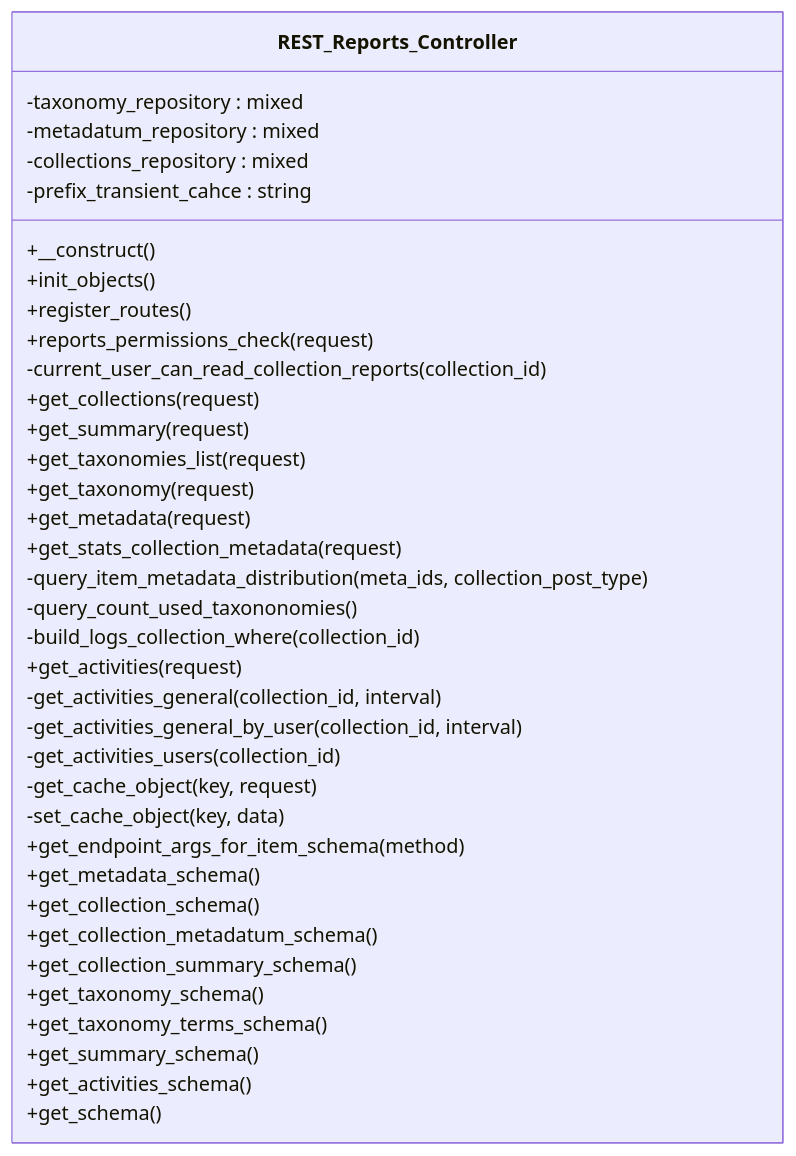
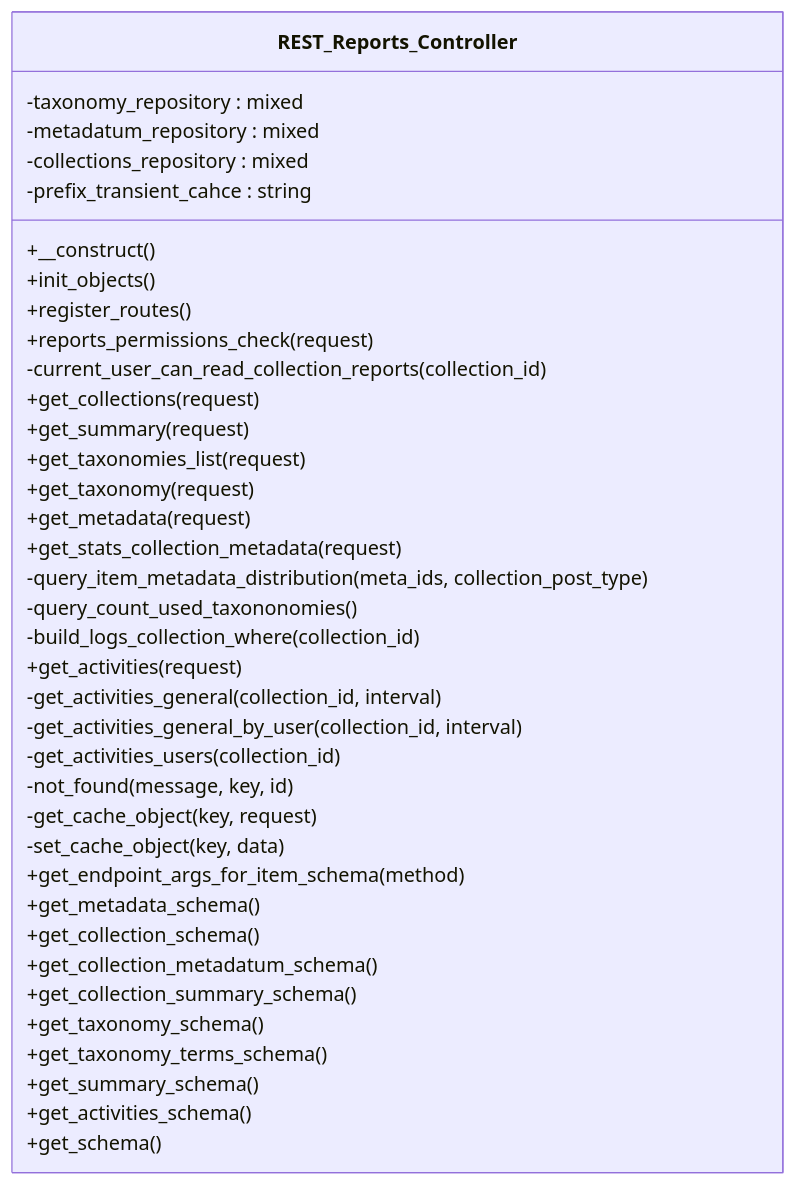
Before and after one commit to tainacan/tainacan: the diagram in docs/phpdoc/classes/Tainacan/API/EndPoints/REST_Reports_Controller.mmd, drawn with Mermaid. The commit also changed 112 other files, not shown here.

```diff
--- a/docs/phpdoc/classes/Tainacan/API/EndPoints/REST_Reports_Controller.mmd
+++ b/docs/phpdoc/classes/Tainacan/API/EndPoints/REST_Reports_Controller.mmd
@@ -1,38 +1,39 @@
 classDiagram
     direction TB
     class REST_Reports_Controller {
         -taxonomy_repository : mixed
         -metadatum_repository : mixed
         -collections_repository : mixed
         -prefix_transient_cahce : string
         +__construct()
         +init_objects()
         +register_routes()
         +reports_permissions_check(request)
         -current_user_can_read_collection_reports(collection_id)
         +get_collections(request)
         +get_summary(request)
         +get_taxonomies_list(request)
         +get_taxonomy(request)
         +get_metadata(request)
         +get_stats_collection_metadata(request)
         -query_item_metadata_distribution(meta_ids, collection_post_type)
         -query_count_used_taxononomies()
         -build_logs_collection_where(collection_id)
         +get_activities(request)
         -get_activities_general(collection_id, interval)
         -get_activities_general_by_user(collection_id, interval)
         -get_activities_users(collection_id)
+        -not_found(message, key, id)
         -get_cache_object(key, request)
         -set_cache_object(key, data)
         +get_endpoint_args_for_item_schema(method)
         +get_metadata_schema()
         +get_collection_schema()
         +get_collection_metadatum_schema()
         +get_collection_summary_schema()
         +get_taxonomy_schema()
         +get_taxonomy_terms_schema()
         +get_summary_schema()
         +get_activities_schema()
         +get_schema()
     }
```
